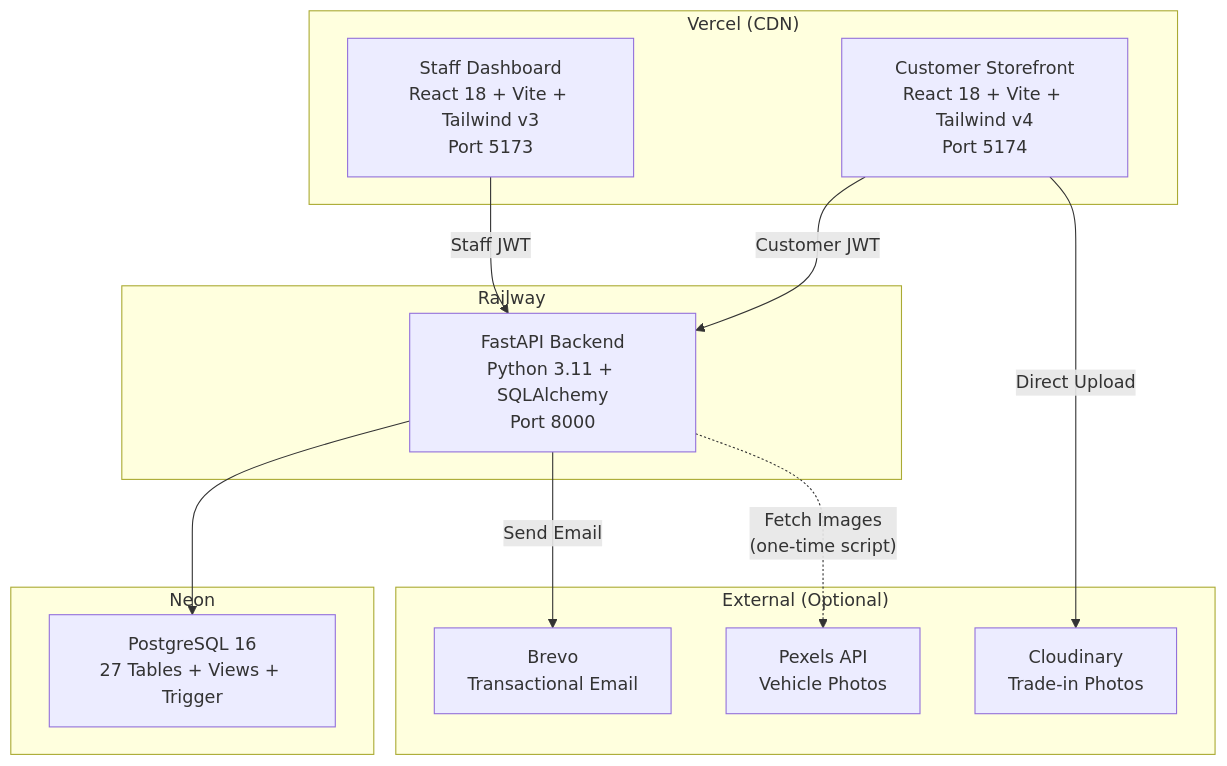
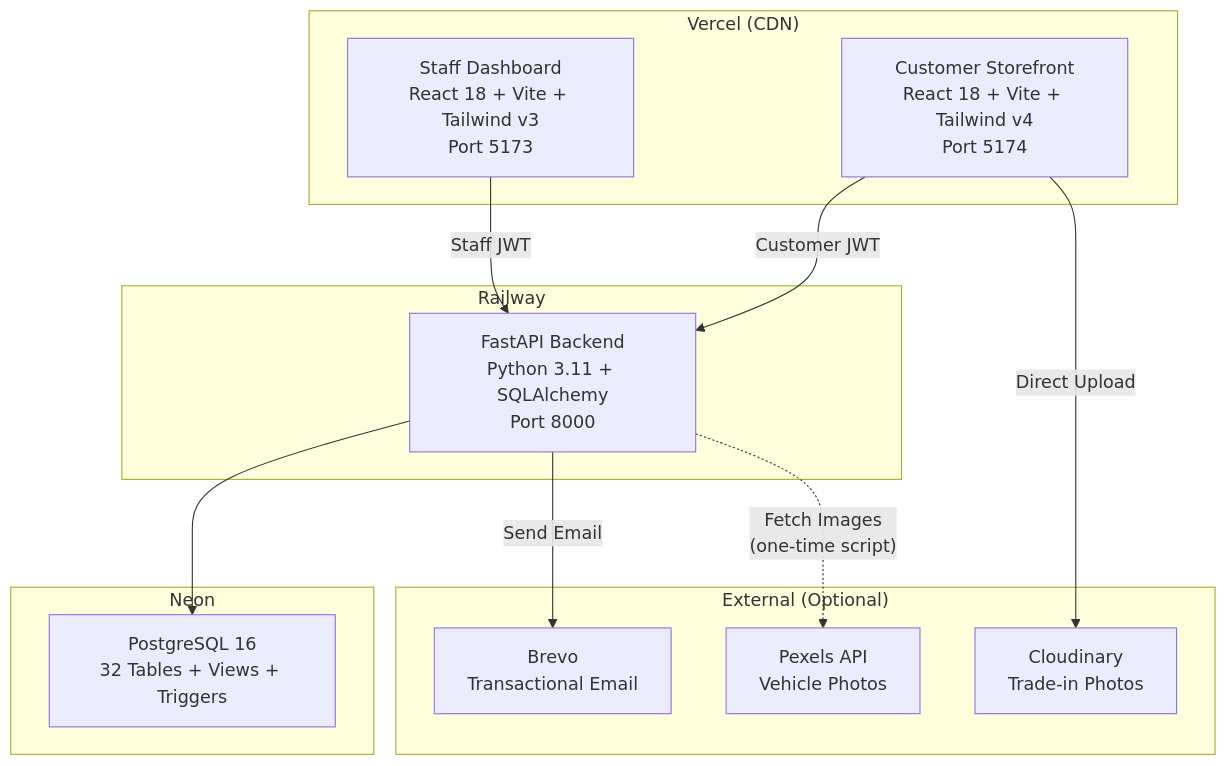
The first of 2 diagrams in README.md (Mustafa-Shams/autoedge), drawn with Mermaid before and after one commit. The commit also changed other lines of this file and 70 other files, not shown here.

````diff
--- a/README.md
+++ b/README.md
@@ -17,28 +17,28 @@
 ```mermaid
 graph TB
     subgraph "Vercel (CDN)"
         SD["Staff Dashboard<br/>React 18 + Vite + Tailwind v3<br/>Port 5173"]
         SF["Customer Storefront<br/>React 18 + Vite + Tailwind v4<br/>Port 5174"]
     end
 
     subgraph "Railway"
         API["FastAPI Backend<br/>Python 3.11 + SQLAlchemy<br/>Port 8000"]
     end
 
     subgraph "Neon"
-        DB["PostgreSQL 16<br/>27 Tables + Views + Trigger"]
+        DB["PostgreSQL 16<br/>32 Tables + Views + Triggers"]
     end
 
     subgraph "External (Optional)"
         CL["Cloudinary<br/>Trade-in Photos"]
         BR["Brevo<br/>Transactional Email"]
         PX["Pexels API<br/>Vehicle Photos"]
     end
 
     SD -->|"Staff JWT"| API
     SF -->|"Customer JWT"| API
     API --> DB
     SF -->|"Direct Upload"| CL
     API -->|"Send Email"| BR
     API -.->|"Fetch Images<br/>(one-time script)"| PX
 ```
````
